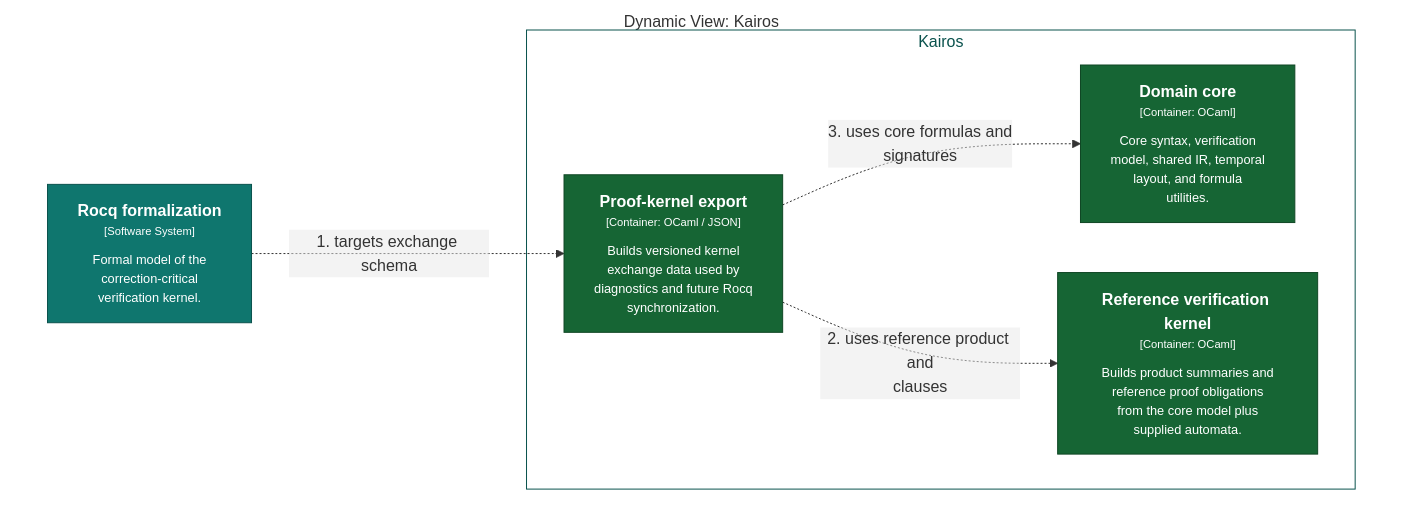
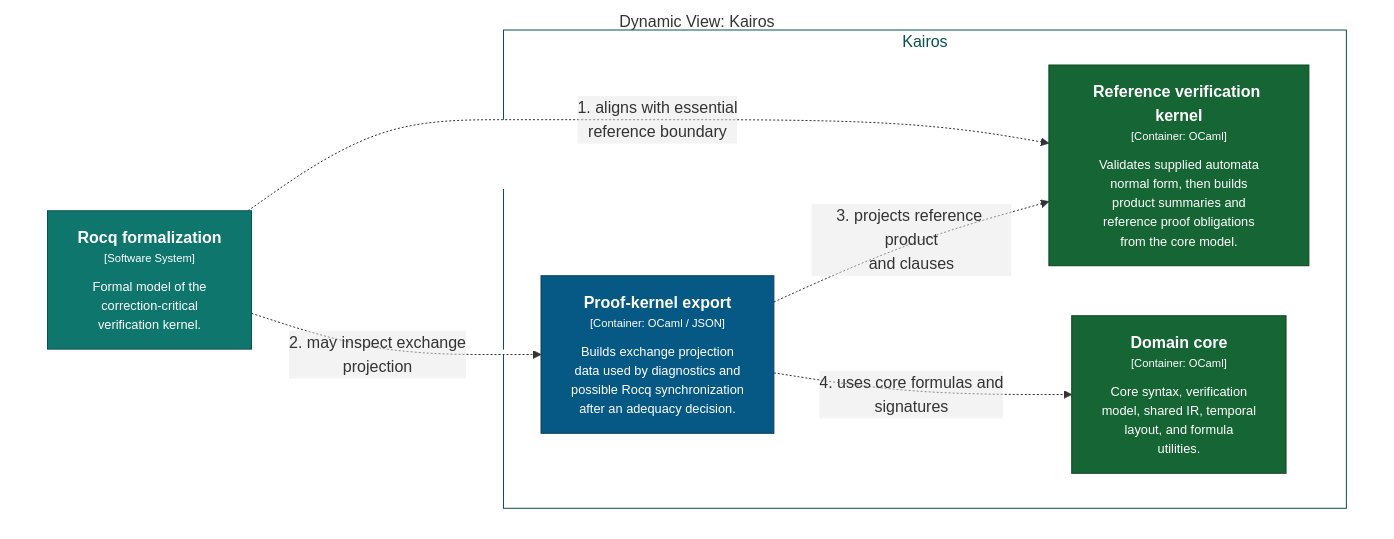
Before and after one commit to DabrowskiFr/Kairos: the diagram in docs/architecture/structurizr/export/mermaid/structurizr-kairos-rocq-sync-flow.mmd, drawn with Mermaid. The commit also changed 174 other files, not shown here.

Commit message:
Consolidate verification architecture cleanup

```diff
--- a/docs/architecture/structurizr/export/mermaid/structurizr-kairos-rocq-sync-flow.mmd
+++ b/docs/architecture/structurizr/export/mermaid/structurizr-kairos-rocq-sync-flow.mmd
@@ -1,25 +1,26 @@
 graph TB
   linkStyle default fill:#ffffff
 
   subgraph diagram ["Dynamic View: Kairos"]
     style diagram fill:#ffffff,stroke:#ffffff
 
     subgraph 7 ["Kairos"]
       style 7 fill:#ffffff,stroke:#0a524d,color:#0a524d
 
       12["<div style='font-weight: bold'>Domain core</div><div style='font-size: 70%; margin-top: 0px'>[Container: OCaml]</div><div style='font-size: 80%; margin-top:10px'>Core syntax, verification<br />model, shared IR, temporal<br />layout, and formula<br />utilities.</div>"]
       style 12 fill:#166534,stroke:#0f4624,color:#ffffff
-      13["<div style='font-weight: bold'>Reference verification kernel</div><div style='font-size: 70%; margin-top: 0px'>[Container: OCaml]</div><div style='font-size: 80%; margin-top:10px'>Builds product summaries and<br />reference proof obligations<br />from the core model plus<br />supplied automata.</div>"]
+      13["<div style='font-weight: bold'>Reference verification kernel</div><div style='font-size: 70%; margin-top: 0px'>[Container: OCaml]</div><div style='font-size: 80%; margin-top:10px'>Validates supplied automata<br />normal form, then builds<br />product summaries and<br />reference proof obligations<br />from the core model.</div>"]
       style 13 fill:#166534,stroke:#0f4624,color:#ffffff
-      18["<div style='font-weight: bold'>Proof-kernel export</div><div style='font-size: 70%; margin-top: 0px'>[Container: OCaml / JSON]</div><div style='font-size: 80%; margin-top:10px'>Builds versioned kernel<br />exchange data used by<br />diagnostics and future Rocq<br />synchronization.</div>"]
-      style 18 fill:#166534,stroke:#0f4624,color:#ffffff
+      18["<div style='font-weight: bold'>Proof-kernel export</div><div style='font-size: 70%; margin-top: 0px'>[Container: OCaml / JSON]</div><div style='font-size: 80%; margin-top:10px'>Builds exchange projection<br />data used by diagnostics and<br />possible Rocq synchronization<br />after an adequacy decision.</div>"]
+      style 18 fill:#075985,stroke:#043e5d,color:#ffffff
     end
 
     2["<div style='font-weight: bold'>Rocq formalization</div><div style='font-size: 70%; margin-top: 0px'>[Software System]</div><div style='font-size: 80%; margin-top:10px'>Formal model of the<br />correction-critical<br />verification kernel.</div>"]
     style 2 fill:#0f766e,stroke:#0a524d,color:#ffffff
 
-    2-. "<div>1. targets exchange schema</div><div style='font-size: 70%'></div>" .->18
-    18-. "<div>2. uses reference product and<br />clauses</div><div style='font-size: 70%'></div>" .->13
-    18-. "<div>3. uses core formulas and<br />signatures</div><div style='font-size: 70%'></div>" .->12
+    2-. "<div>1. aligns with essential<br />reference boundary</div><div style='font-size: 70%'></div>" .->13
+    2-. "<div>2. may inspect exchange<br />projection</div><div style='font-size: 70%'></div>" .->18
+    18-. "<div>3. projects reference product<br />and clauses</div><div style='font-size: 70%'></div>" .->13
+    18-. "<div>4. uses core formulas and<br />signatures</div><div style='font-size: 70%'></div>" .->12
 
   end
```
